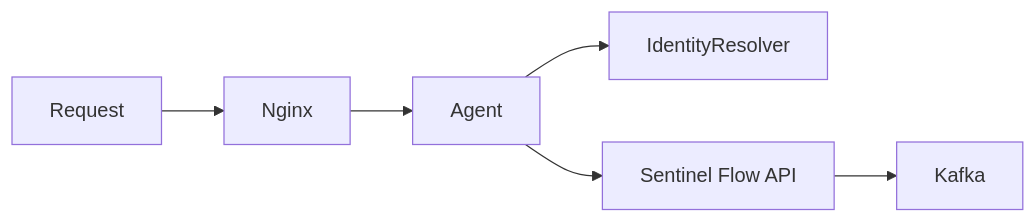
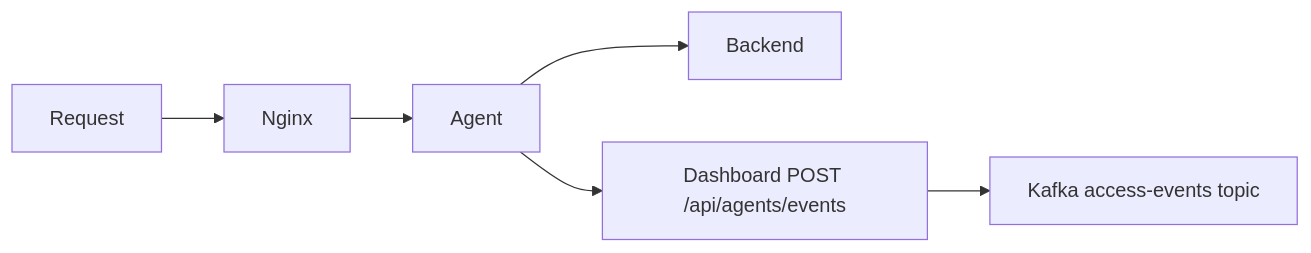
The diagram in docs/docs/agent.md (liquedgit/sentinel-flow), drawn with Mermaid before and after one commit. The commit also changed other lines of this file and 6 other files, not shown here.

````diff
--- a/docs/docs/agent.md
+++ b/docs/docs/agent.md
@@ -11,7 +11,7 @@
 ```mermaid
 flowchart LR
     Request --> Nginx --> Agent
-    Agent --> IdentityResolver
-    Agent --> Backend_API["Sentinel Flow API"]
-    Backend_API --> Kafka
+    Agent --> Backend["Backend"]
+    Agent --> Dashboard["Dashboard POST /api/agents/events"]
+    Dashboard --> Kafka["Kafka access-events topic"]
 ```
````
